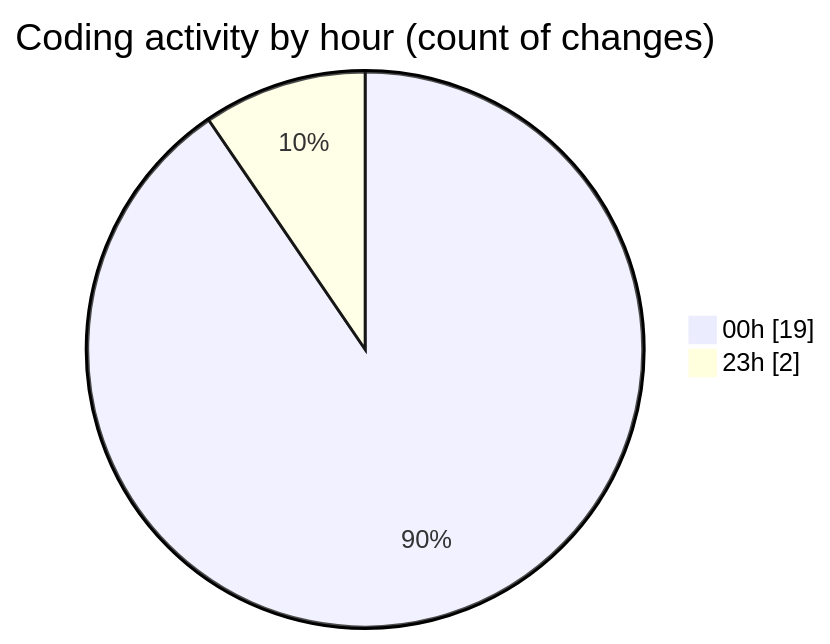
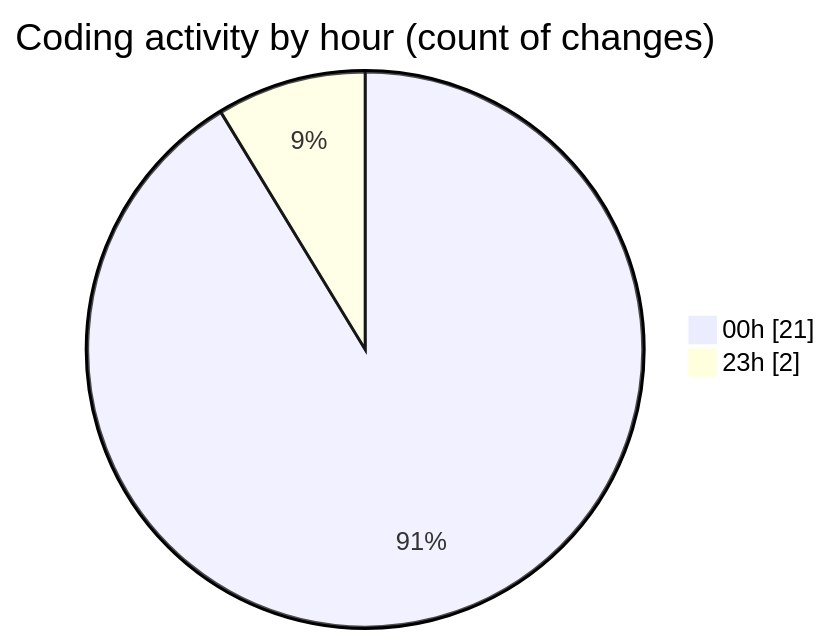
The second of 2 diagrams in 2025-10-10/eventscop-frontend-guide__workspace_/README.md (julien-gomy/code-tracking), drawn with Mermaid before and after one commit. The commit also changed other lines of this file and 1 other file, not shown here.

````diff
--- a/2025-10-10/eventscop-frontend-guide__workspace_/README.md
+++ b/2025-10-10/eventscop-frontend-guide__workspace_/README.md
@@ -29,6 +29,6 @@
 ```mermaid
 pie showData
 title Coding activity by hour (count of changes)
-"00h" : 19
+"00h" : 21
 "23h" : 2
 ```
````
